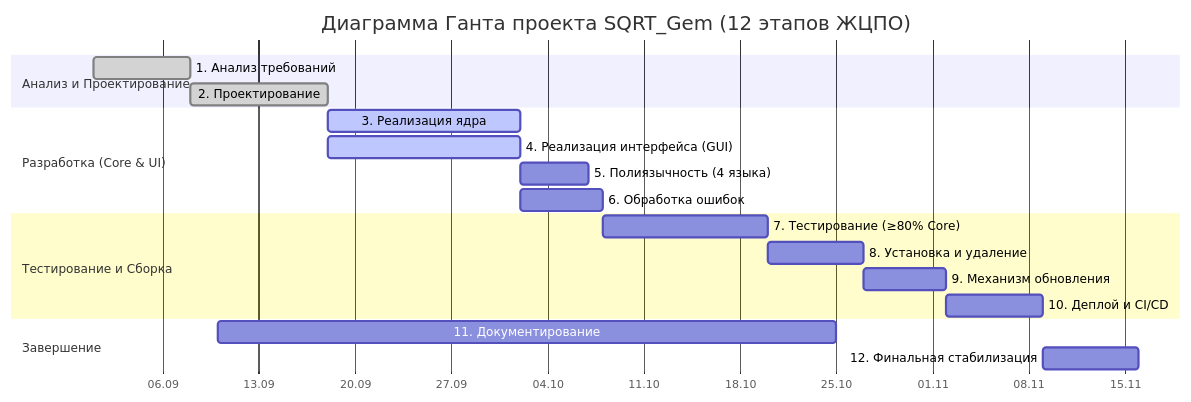
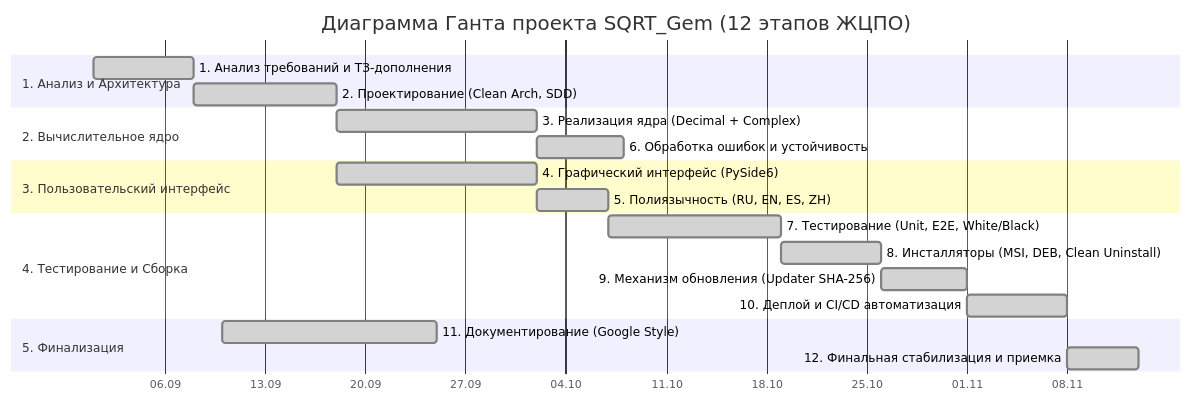
Before and after one commit to yatoz0r/SQRT_Gem: the first of 2 diagrams in docs/ROADMAP_GANTT.md, drawn with Mermaid. The commit also changed other lines of this file and 11 other files, not shown here.

Commit message:
feat: implement arbitrary-precision complex numbers and align documentation with TZ_dopolnenie.md in strict Google style

````diff
--- a/docs/ROADMAP_GANTT.md
+++ b/docs/ROADMAP_GANTT.md
@@ -12,26 +15,28 @@
 ```mermaid
 gantt
     title Диаграмма Ганта проекта SQRT_Gem (12 этапов ЖЦПО)
     dateFormat  YYYY-MM-DD
     axisFormat  %d.%m
 
-    section Анализ и Проектирование
-    1. Анализ требований          :done,    t1, 2026-09-01, 7d
-    2. Проектирование             :done,    t2, after t1, 10d
+    section 1. Анализ и Архитектура
+    1. Анализ требований и ТЗ-дополнения :done, t1, 2026-09-01, 7d
+    2. Проектирование (Clean Arch, SDD) :done, t2, after t1, 10d
 
-    section Разработка (Core & UI)
-    3. Реализация ядра            :active,  t3, after t2, 14d
-    4. Реализация интерфейса (GUI):active,  t4, after t2, 14d
-    5. Полиязычность (4 языка)    :         t5, after t4, 5d
-    6. Обработка ошибок           :         t6, after t3, 6d
+    section 2. Вычислительное ядро
+    3. Реализация ядра (Decimal + Complex) :done, t3, after t2, 14d
+    6. Обработка ошибок и устойчивость  :done, t4, after t3, 6d
 
-    section Тестирование и Сборка
-    7. Тестирование (≥80% Core)   :         t7, after t6, 12d
-    8. Установка и удаление       :         t8, after t7, 7d
-    9. Механизм обновления        :         t9, after t8, 6d
-    10. Деплой и CI/CD            :         t10, after t9, 7d
+    section 3. Пользовательский интерфейс
+    4. Графический интерфейс (PySide6)   :done, t5, after t2, 14d
+    5. Полиязычность (RU, EN, ES, ZH)   :done, t6, after t5, 5d
 
-    section Завершение
-    11. Документирование          :         t11, 2026-09-10, 2026-10-25
-    12. Финальная стабилизация    :         t12, after t10, 7d
+    section 4. Тестирование и Сборка
+    7. Тестирование (Unit, E2E, White/Black) :done, t7, after t6, 12d
+    8. Инсталляторы (MSI, DEB, Clean Uninstall):done, t8, after t7, 7d
+    9. Механизм обновления (Updater SHA-256) :done, t9, after t8, 6d
+    10. Деплой и CI/CD автоматизация       :done, t10, after t9, 7d
+
+    section 5. Финализация
+    11. Документирование (Google Style)   :done, t11, 2026-09-10, 2026-09-25
+    12. Финальная стабилизация и приемка  :done, t12, after t10, 5d
 ```
````
